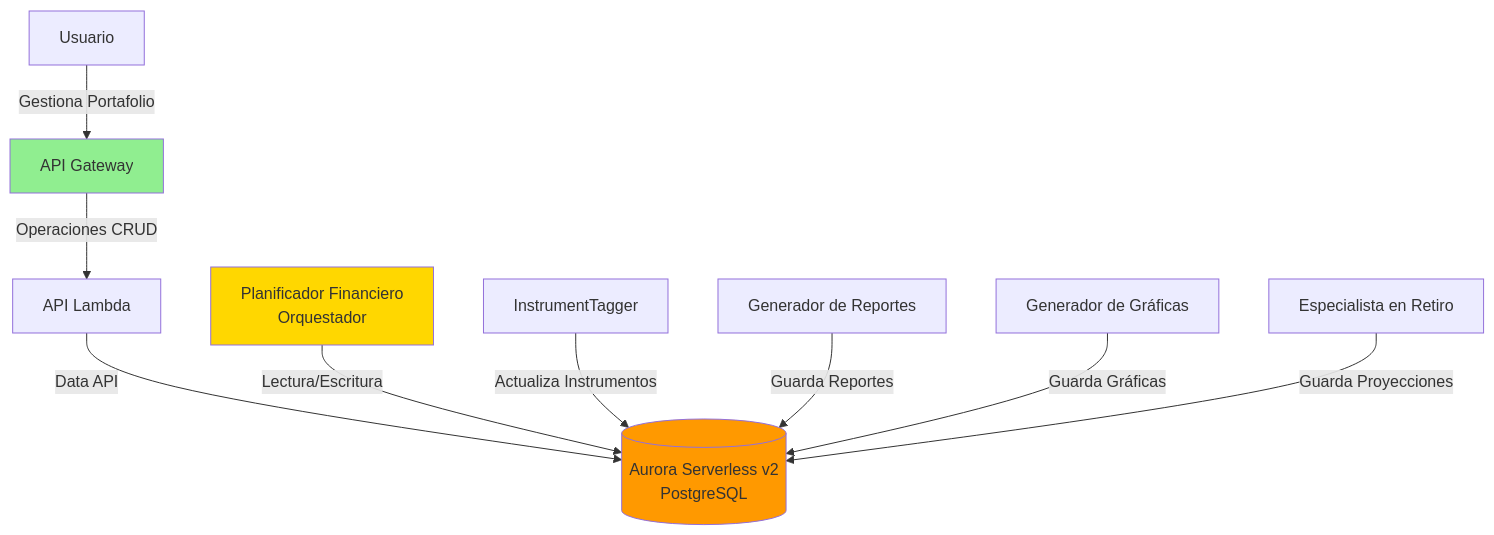
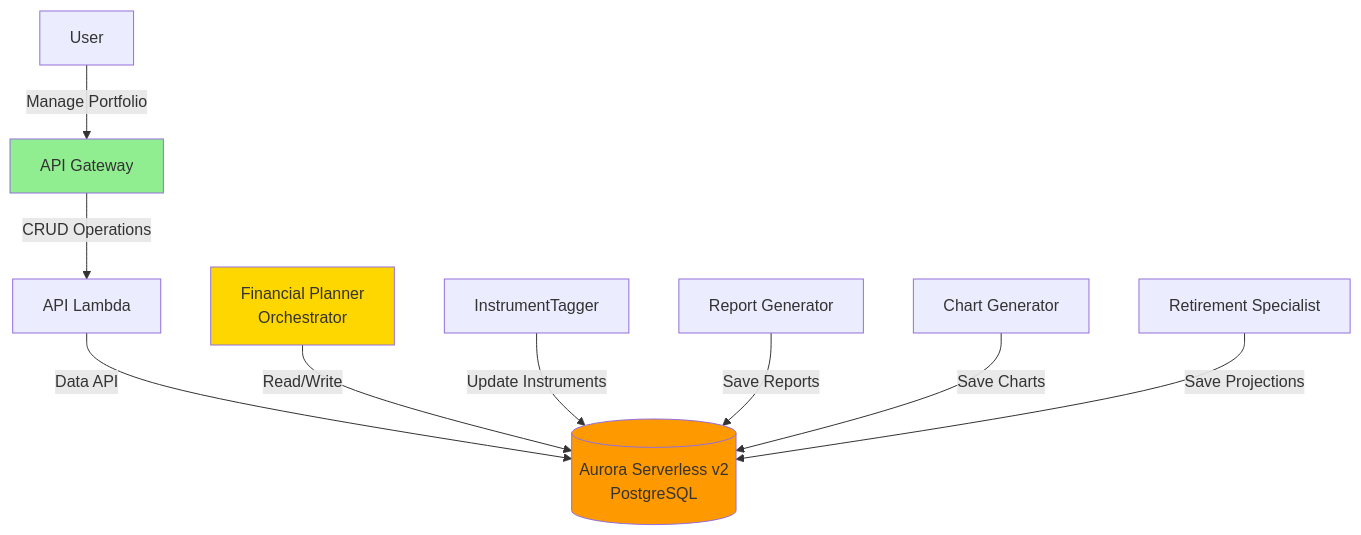
Before and after one commit to repson/agentic-learning-equities-explainer: the first of 2 diagrams in guides/5_database.md, drawn with Mermaid. The commit also changed other lines of this file and 14 other files, not shown here.

````diff
--- a/guides/5_database.md
+++ b/guides/5_database.md
@@ -52,16 +52,16 @@
 ```mermaid
 graph TB
-    User[Usuario] -->|Gestiona Portafolio| API[API Gateway]
-    API -->|Operaciones CRUD| Lambda[API Lambda]
+    User[User] -->|Manage Portfolio| API[API Gateway]
+    API -->|CRUD Operations| Lambda[API Lambda]
     Lambda -->|Data API| Aurora[(Aurora Serverless v2<br/>PostgreSQL)]
 
-    Planner[Planificador Financiero<br/>Orquestador] -->|Lectura/Escritura| Aurora
-    Tagger[InstrumentTagger] -->|Actualiza Instrumentos| Aurora
-    Reporter[Generador de Reportes] -->|Guarda Reportes| Aurora
-    Charter[Generador de Gráficas] -->|Guarda Gráficas| Aurora
-    Retirement[Especialista en Retiro] -->|Guarda Proyecciones| Aurora
+    Planner[Financial Planner<br/>Orchestrator] -->|Read/Write| Aurora
+    Tagger[InstrumentTagger] -->|Update Instruments| Aurora
+    Reporter[Report Generator] -->|Save Reports| Aurora
+    Charter[Chart Generator] -->|Save Charts| Aurora
+    Retirement[Retirement Specialist] -->|Save Projections| Aurora
 
     style Aurora fill:#FF9900
     style Planner fill:#FFD700
     style API fill:#90EE90
 ```
````
